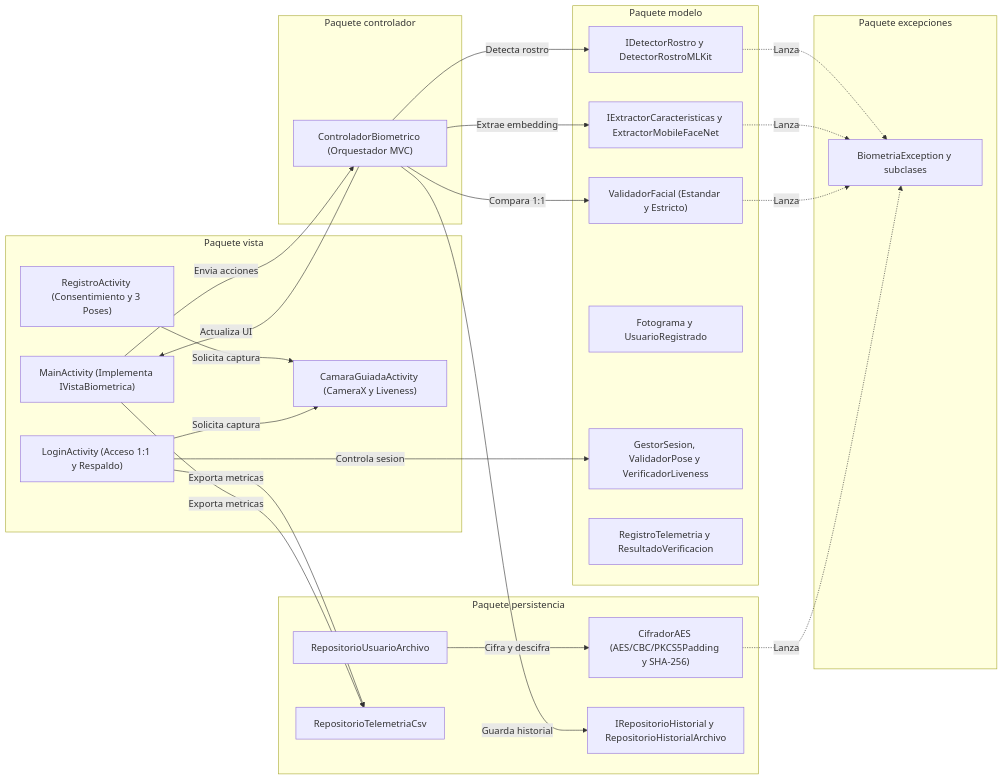
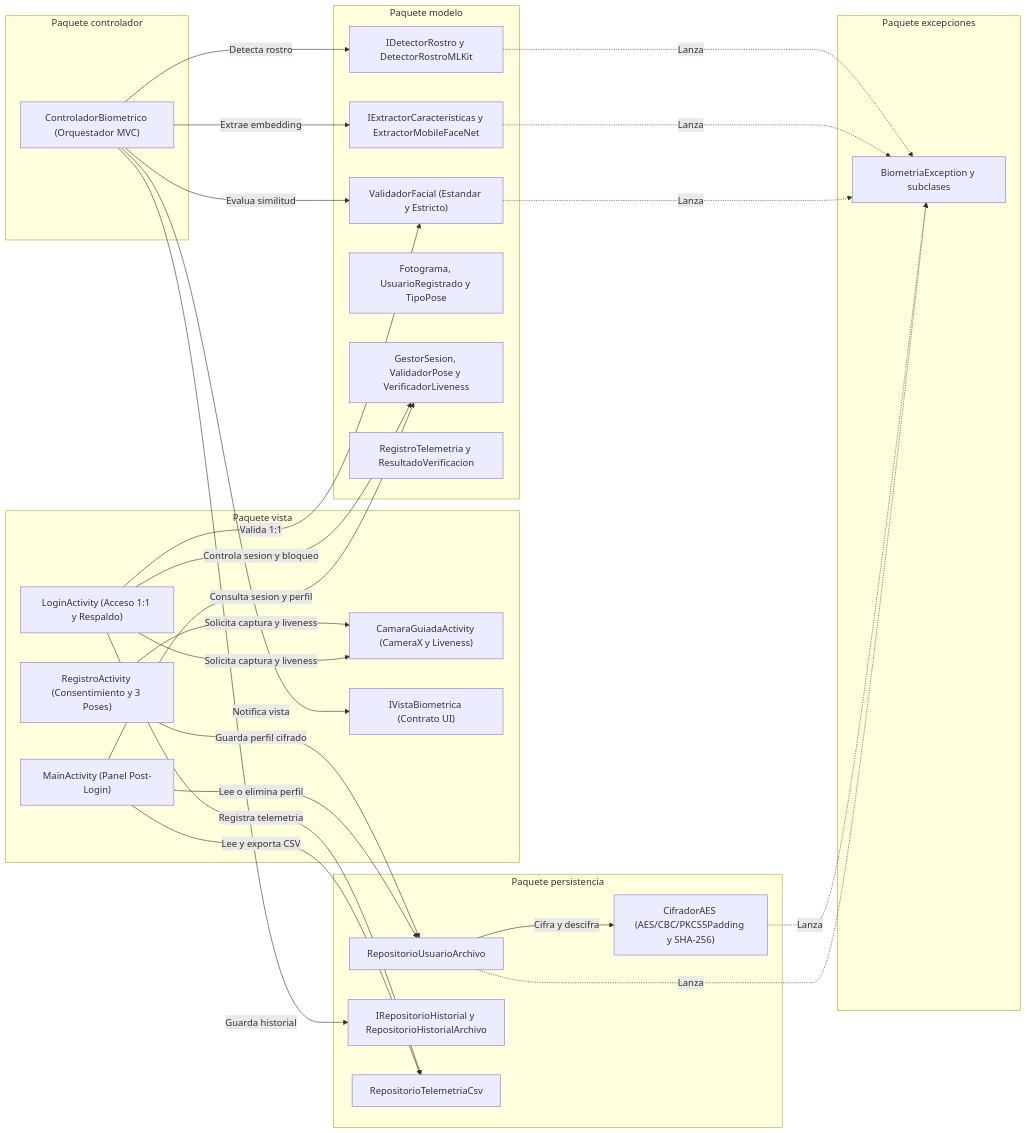
Before and after one commit to HEBA102514/Reconocimientofacial: the diagram in README.md, drawn with Mermaid. The commit also changed other lines of this file and 6 other files, not shown here.

````diff
--- a/README.md
+++ b/README.md
@@ -41,50 +38,55 @@
 ```mermaid
 flowchart LR
     subgraph Vista["Paquete vista"]
         Login["LoginActivity (Acceso 1:1 y Respaldo)"]
         Registro["RegistroActivity (Consentimiento y 3 Poses)"]
         Camara["CamaraGuiadaActivity (CameraX y Liveness)"]
-        Main["MainActivity (Implementa IVistaBiometrica)"]
+        IVista["IVistaBiometrica (Contrato UI)"]
+        Main["MainActivity (Panel Post-Login)"]
     end
 
     subgraph Controlador["Paquete controlador"]
         CB["ControladorBiometrico (Orquestador MVC)"]
     end
 
     subgraph Modelo["Paquete modelo"]
         ID["IDetectorRostro y DetectorRostroMLKit"]
         IE["IExtractorCaracteristicas y ExtractorMobileFaceNet"]
         VF["ValidadorFacial (Estandar y Estricto)"]
-        Ent["Fotograma y UsuarioRegistrado"]
+        Ent["Fotograma, UsuarioRegistrado y TipoPose"]
         Seg["GestorSesion, ValidadorPose y VerificadorLiveness"]
         Tel["RegistroTelemetria y ResultadoVerificacion"]
     end
 
     subgraph Persistencia["Paquete persistencia"]
         Cif["CifradorAES (AES/CBC/PKCS5Padding y SHA-256)"]
         RepoU["RepositorioUsuarioArchivo"]
         RepoH["IRepositorioHistorial y RepositorioHistorialArchivo"]
         RepoT["RepositorioTelemetriaCsv"]
     end
 
     subgraph Excepciones["Paquete excepciones"]
         Exc["BiometriaException y subclases"]
     end
 
-    Main -->|"Envia acciones"| CB
-    Login -->|"Controla sesion"| Seg
-    Registro -->|"Solicita captura"| Camara
-    Login -->|"Solicita captura"| Camara
+    Registro -->|"Solicita captura y liveness"| Camara
+    Login -->|"Solicita captura y liveness"| Camara
+    Login -->|"Controla sesion y bloqueo"| Seg
+    Login -->|"Valida 1:1"| VF
+    Login -->|"Registra telemetria"| RepoT
+    Registro -->|"Guarda perfil cifrado"| RepoU
+    Main -->|"Consulta sesion y perfil"| Seg
+    Main -->|"Lee o elimina perfil"| RepoU
+    Main -->|"Lee y exporta CSV"| RepoT
+    CB -->|"Notifica vista"| IVista
     CB -->|"Detecta rostro"| ID
     CB -->|"Extrae embedding"| IE
-    CB -->|"Compara 1:1"| VF
+    CB -->|"Evalua similitud"| VF
     CB -->|"Guarda historial"| RepoH
-    CB -->|"Actualiza UI"| Main
     RepoU -->|"Cifra y descifra"| Cif
-    Login -->|"Exporta metricas"| RepoT
-    Main -->|"Exporta metricas"| RepoT
     ID -.->|"Lanza"| Exc
     IE -.->|"Lanza"| Exc
     VF -.->|"Lanza"| Exc
     Cif -.->|"Lanza"| Exc
+    RepoU -.->|"Lanza"| Exc
 ```
````
